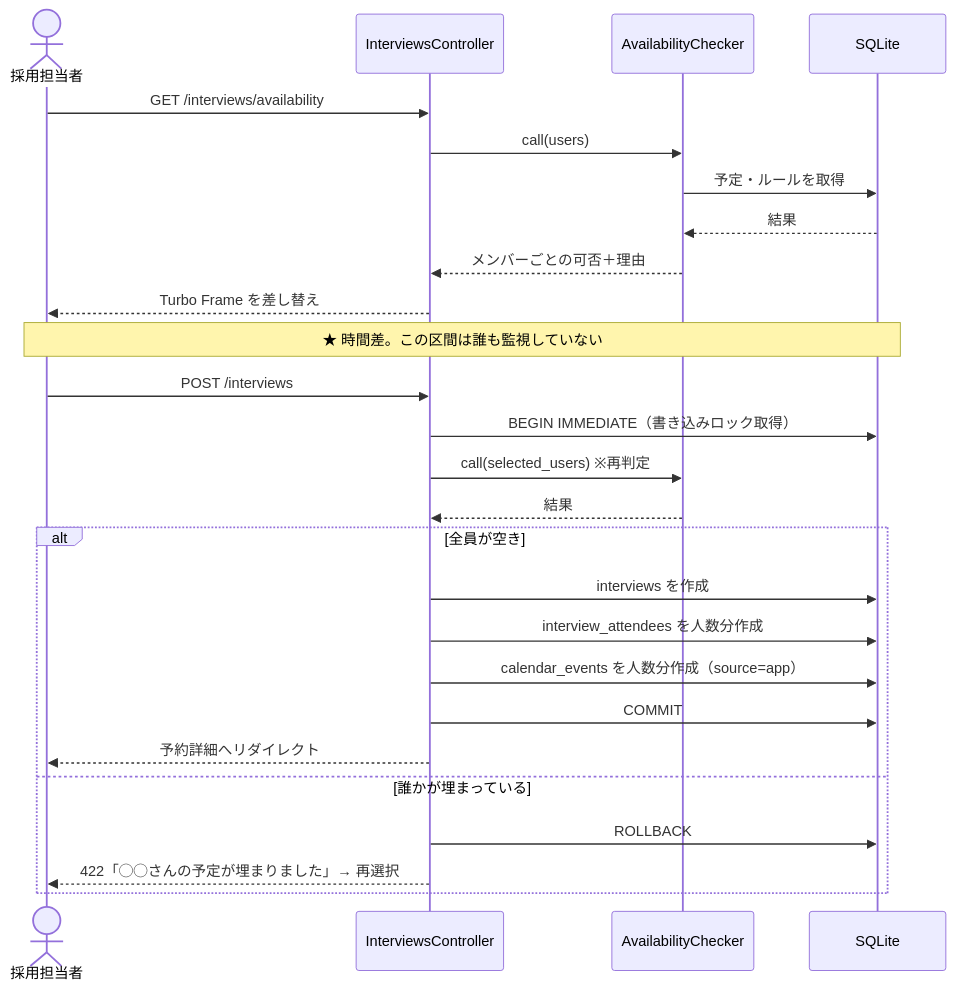
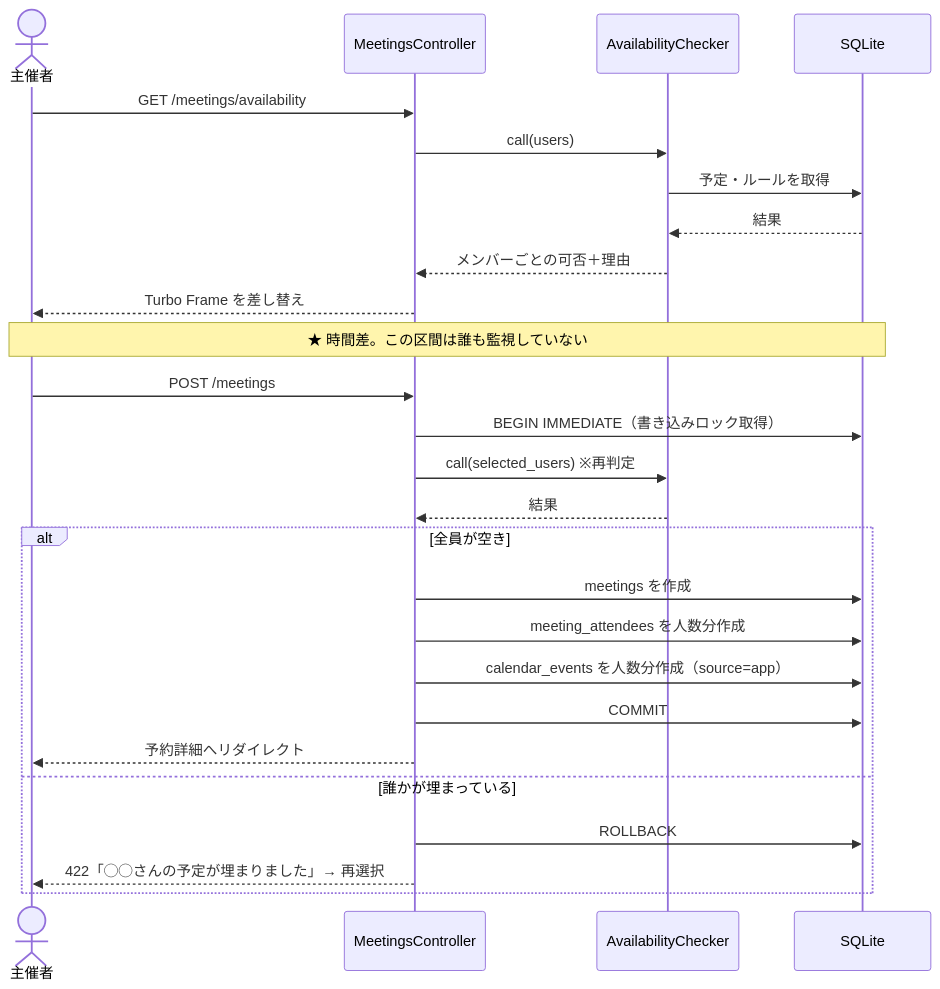
One commit to yuito-ouchi/interview-scheduler changed the fourth of 5 diagrams in docs/仕様書_MVP.md. Above: the diagram before and after it, drawn with Mermaid. The commit also changed other lines of this file and 8 other files, not shown here.

````diff
--- a/docs/仕様書_MVP.md
+++ b/docs/仕様書_MVP.md
@@ -342,32 +344,32 @@
 ```mermaid
 sequenceDiagram
-    actor U as 採用担当者
-    participant C as InterviewsController
+    actor U as 主催者
+    participant C as MeetingsController
     participant S as AvailabilityChecker
     participant DB as SQLite
 
-    U->>C: GET /interviews/availability
+    U->>C: GET /meetings/availability
     C->>S: call(users)
     S->>DB: 予定・ルールを取得
     DB-->>S: 結果
     S-->>C: メンバーごとの可否＋理由
     C-->>U: Turbo Frame を差し替え
 
     Note over U,DB: ★ 時間差。この区間は誰も監視していない
 
-    U->>C: POST /interviews
+    U->>C: POST /meetings
     C->>DB: BEGIN IMMEDIATE（書き込みロック取得）
     C->>S: call(selected_users) ※再判定
     S-->>C: 結果
 
     alt 全員が空き
-        C->>DB: interviews を作成
-        C->>DB: interview_attendees を人数分作成
+        C->>DB: meetings を作成
+        C->>DB: meeting_attendees を人数分作成
         C->>DB: calendar_events を人数分作成（source=app）
         C->>DB: COMMIT
         C-->>U: 予約詳細へリダイレクト
     else 誰かが埋まっている
         C->>DB: ROLLBACK
         C-->>U: 422「◯◯さんの予定が埋まりました」→ 再選択
     end
 ```
````
